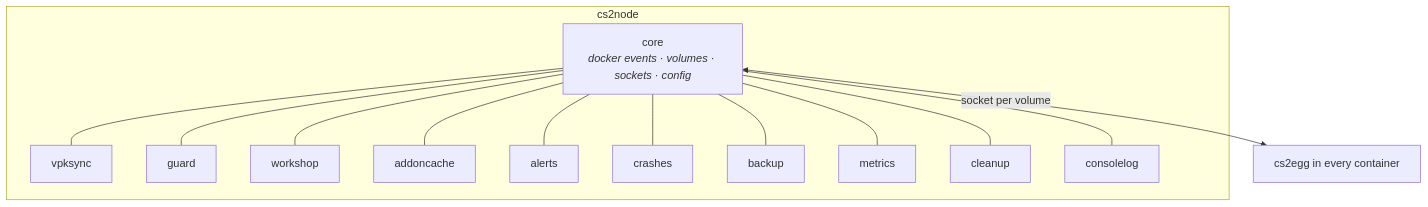
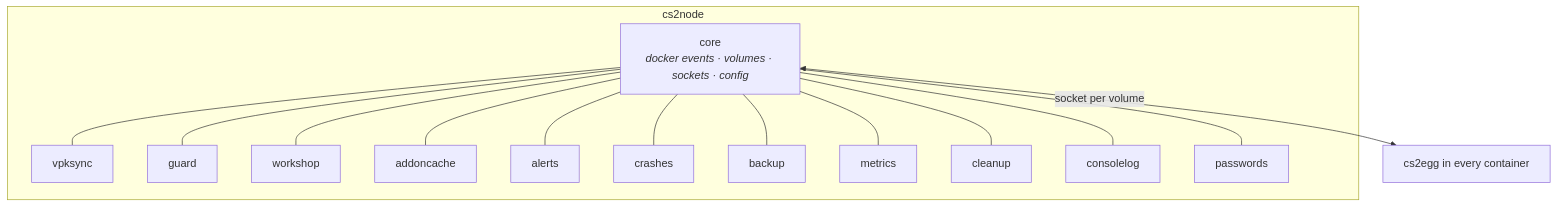
One commit to s2script/s2script-cs2-egg changed the diagram in docs/modules/README.md. Above: the diagram before and after it, drawn with Mermaid. The commit also changed other lines of this file and 31 other files, not shown here.

````diff
--- a/docs/modules/README.md
+++ b/docs/modules/README.md
@@ -7,19 +7,20 @@
 ```mermaid
 flowchart TB
     subgraph daemon["cs2node"]
         core["core<br/><i>docker events · volumes · sockets · config</i>"]
         m1["vpksync"]
         m2["guard"]
         m3["workshop"]
         m4["addoncache"]
         m5["alerts"]
         m6["crashes"]
         m7["backup"]
         m8["metrics"]
         m9["cleanup"]
         m10["consolelog"]
+        m11["passwords"]
         core --- m1 & m2 & m3 & m4 & m5
-        core --- m6 & m7 & m8 & m9 & m10
+        core --- m6 & m7 & m8 & m9 & m10 & m11
     end
     core <-->|"socket per volume"| eggs["cs2egg in every container"]
 ```
````
